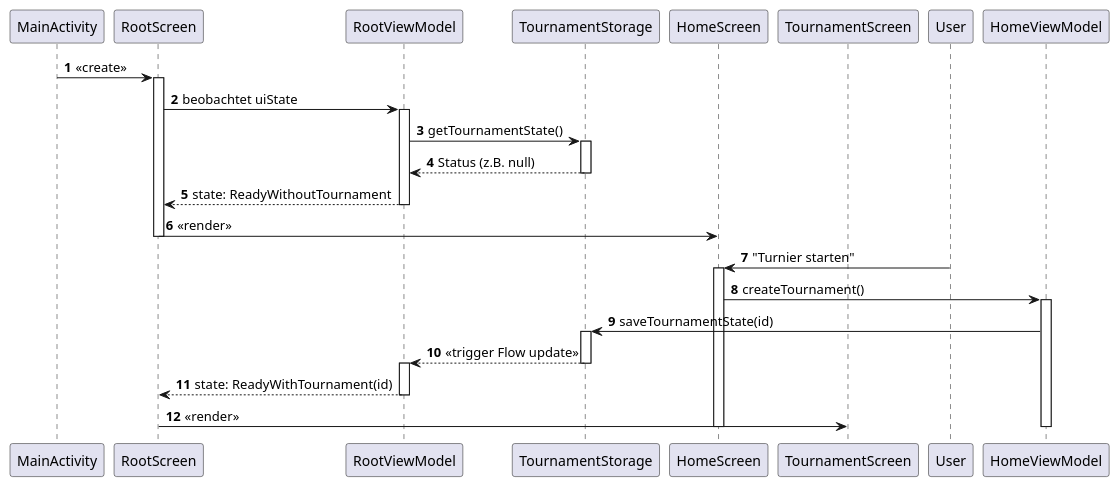
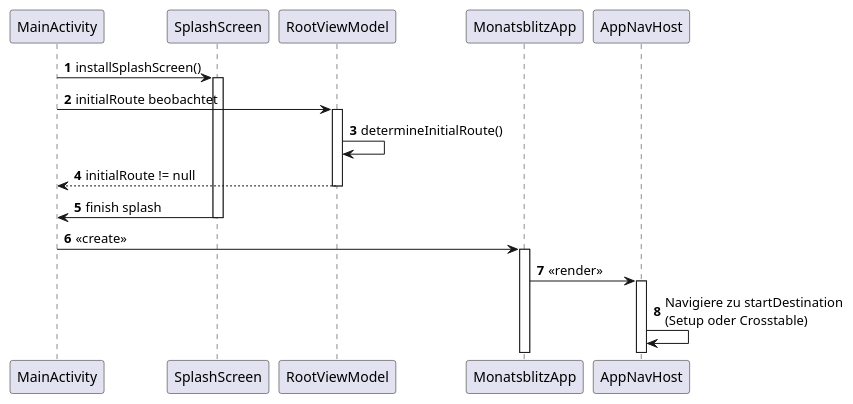
The diagram in docs/architecture/src/runtime-navigation.puml (kindermaenner/monatsblitz-android-app), drawn with PlantUML before and after one commit. The commit also changed 25 other files, not shown here.

Commit message:
prepared  for own icon and splash graphics

```diff
--- a/docs/architecture/src/runtime-navigation.puml
+++ b/docs/architecture/src/runtime-navigation.puml
@@ -1,37 +1,24 @@
 @startuml
 autonumber
 participant "MainActivity" as MA
-participant "RootScreen" as RS
+participant "SplashScreen" as SS
 participant "RootViewModel" as RVM
-participant "TournamentStorage" as TS
-participant "HomeScreen" as Home
-participant "TournamentScreen" as Tour
+participant "MonatsblitzApp" as App
+participant "AppNavHost" as Nav
 
-MA -> RS : <<create>>
-activate RS
-RS -> RVM : beobachtet uiState
+MA -> SS : installSplashScreen()
+activate SS
+MA -> RVM : initialRoute beobachtet
 activate RVM
-RVM -> TS : getTournamentState()
-activate TS
-TS --> RVM : Status (z.B. null)
-deactivate TS
-RVM --> RS : state: ReadyWithoutTournament
+RVM -> RVM : determineInitialRoute()
+RVM --> MA : initialRoute != null
 deactivate RVM
-RS -> Home : <<render>>
-deactivate RS
+SS -> MA : finish splash
+deactivate SS
 
-User -> Home : "Turnier starten"
-activate Home
-Home -> "HomeViewModel" as HVM : createTournament()
-activate HVM
-HVM -> TS : saveTournamentState(id)
-activate TS
-TS --> RVM : <<trigger Flow update>>
-deactivate TS
-activate RVM
-RVM --> RS : state: ReadyWithTournament(id)
-deactivate RVM
-RS -> Tour : <<render>>
-deactivate Home
-deactivate HVM
+MA -> App : <<create>>
+activate App
+App -> Nav : <<render>>
+activate Nav
+Nav -> Nav : Navigiere zu startDestination\n(Setup oder Crosstable)
 @enduml
```
